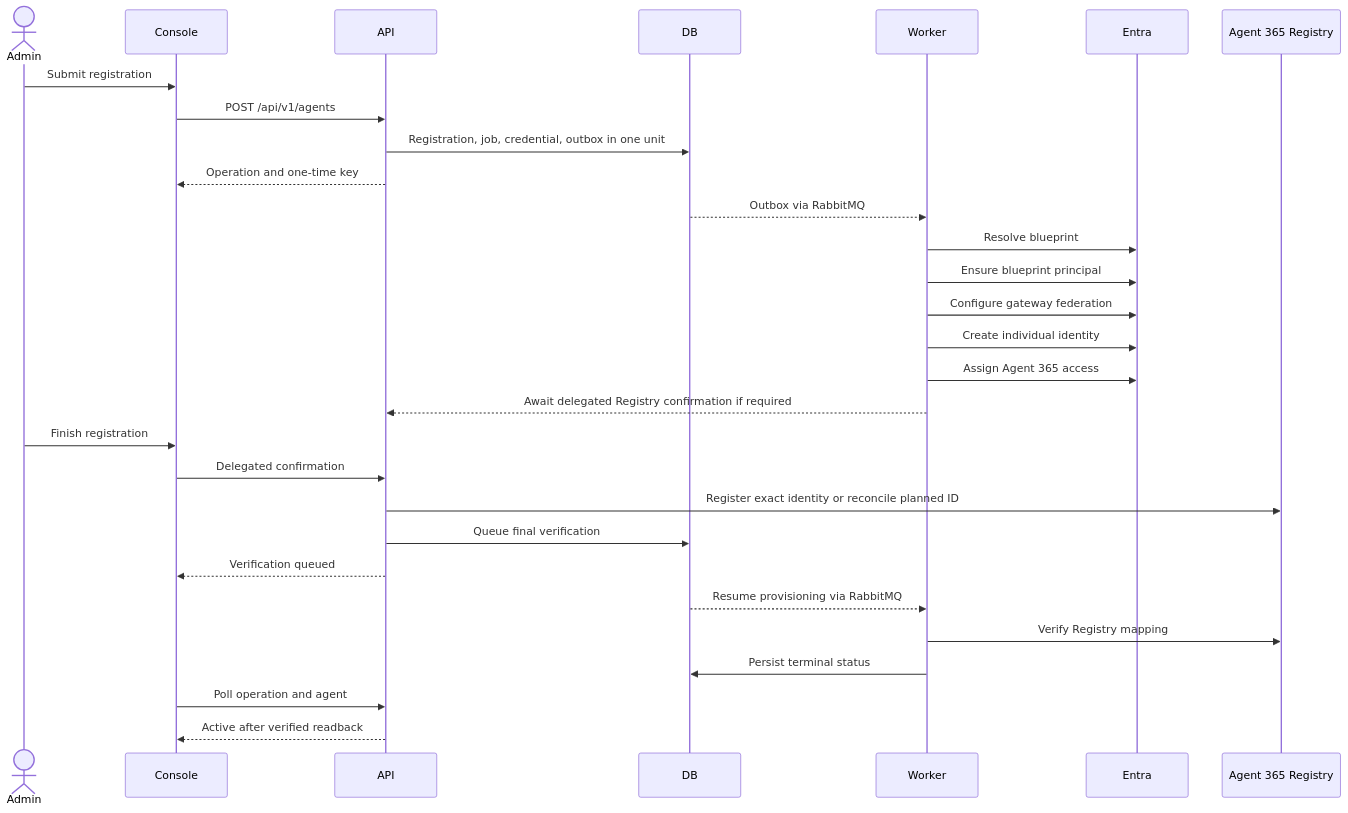
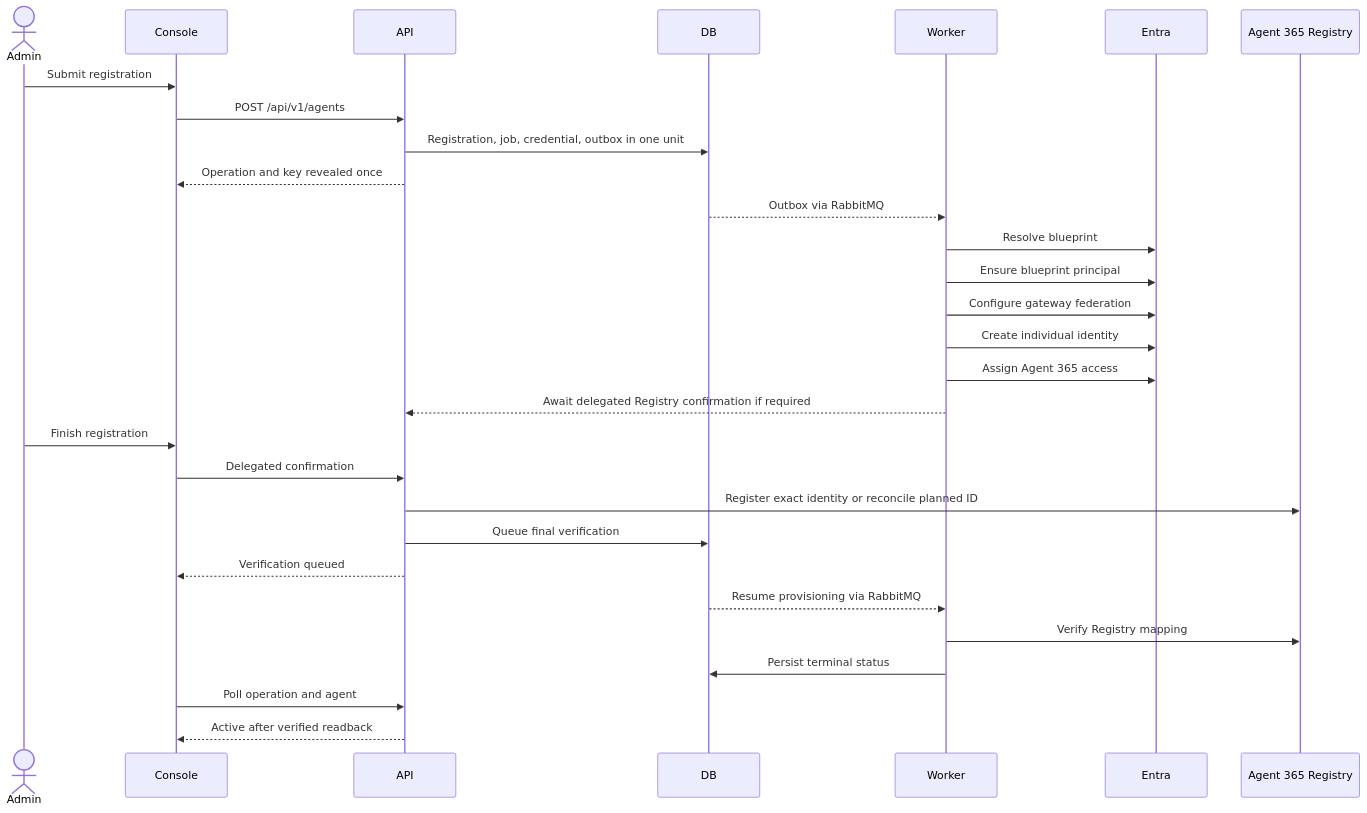
Before and after one commit to patrick-shim/a365-custom-gateway: the third of 4 diagrams in SPEC.md, drawn with Mermaid. The commit also changed other lines of this file and 77 other files, not shown here.

````diff
--- a/SPEC.md
+++ b/SPEC.md
@@ -257,32 +279,32 @@
 ```mermaid
 sequenceDiagram
     actor Admin
     participant Console
     participant API
     participant DB
     participant Worker
     participant Entra
     participant A365 as Agent 365 Registry
 
     Admin->>Console: Submit registration
     Console->>API: POST /api/v1/agents
     API->>DB: Registration, job, credential, outbox in one unit
-    API-->>Console: Operation and one-time key
+    API-->>Console: Operation and key revealed once
     DB-->>Worker: Outbox via RabbitMQ
     Worker->>Entra: Resolve blueprint
     Worker->>Entra: Ensure blueprint principal
     Worker->>Entra: Configure gateway federation
     Worker->>Entra: Create individual identity
     Worker->>Entra: Assign Agent 365 access
     Worker-->>API: Await delegated Registry confirmation if required
     Admin->>Console: Finish registration
     Console->>API: Delegated confirmation
     API->>A365: Register exact identity or reconcile planned ID
     API->>DB: Queue final verification
     API-->>Console: Verification queued
     DB-->>Worker: Resume provisioning via RabbitMQ
     Worker->>A365: Verify Registry mapping
     Worker->>DB: Persist terminal status
     Console->>API: Poll operation and agent
     API-->>Console: Active after verified readback
 ```
````
